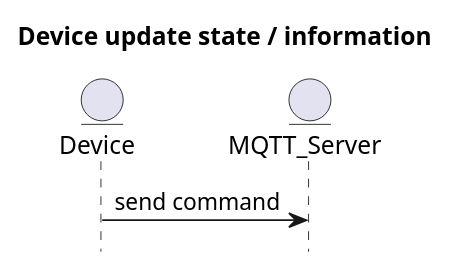
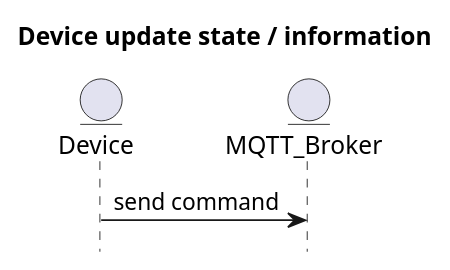
The diagram in comiot/Diagrams/DSeqDeviceSendCmd.puml (hectorgastaminza/Iot), drawn with PlantUML before and after one commit. The commit also changed 6 other files, not shown here.

```diff
--- a/comiot/Diagrams/DSeqDeviceSendCmd.puml
+++ b/comiot/Diagrams/DSeqDeviceSendCmd.puml
@@ -1,7 +1,7 @@
 @startuml
 hide footbox
 title Device update state / information
 entity Device
-entity MQTT_Server
-Device -> MQTT_Server: send command
+entity MQTT_Broker
+Device -> MQTT_Broker: send command
 @enduml
```
